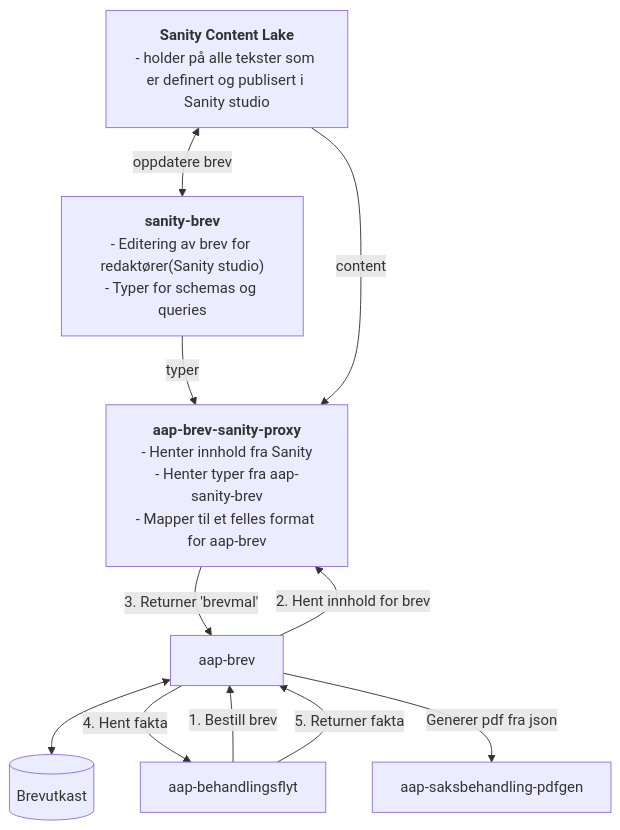
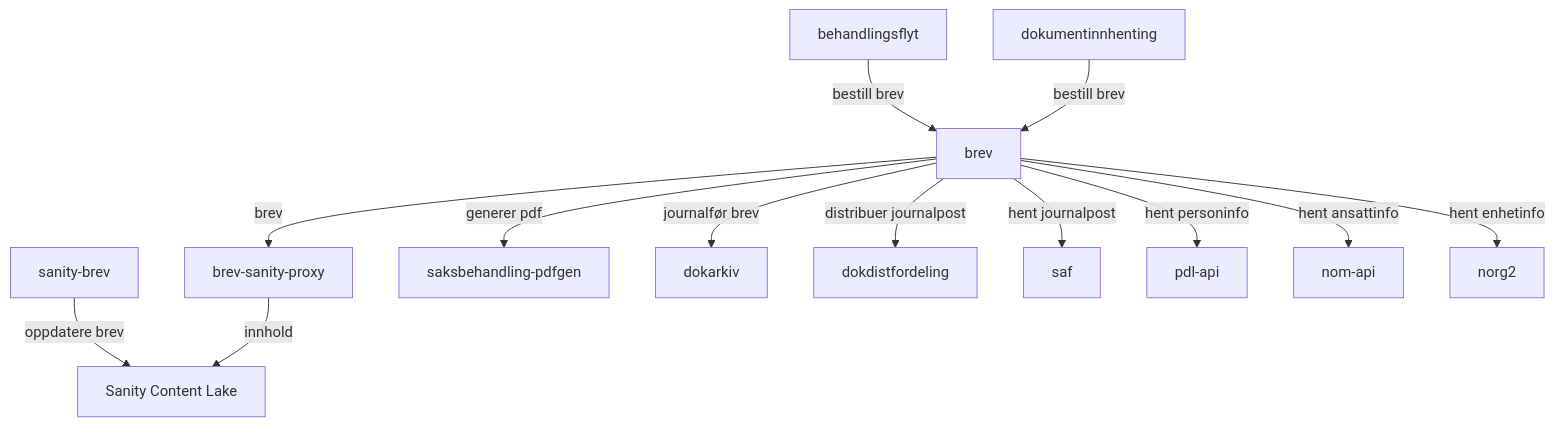
One commit to navikt/aap-intern-sysdok changed the first of 2 diagrams in docs/funksjonalitet/08_Brev/teknisk.md. Above: the diagram before and after it, drawn with Mermaid. The commit also changed other lines of this file, not shown here.

Commit message:
Oppdater dokumentasjon for brev

````diff
--- a/docs/funksjonalitet/08_Brev/teknisk.md
+++ b/docs/funksjonalitet/08_Brev/teknisk.md
@@ -5,22 +5,16 @@
 ```mermaid
-flowchart 
-    sanity-content-lake["`**Sanity Content Lake**
-    - holder på alle tekster som er definert og publisert i Sanity studio`"]
-    aap-sanity-brev["`**sanity-brev**
-    - Editering av brev for redaktører(Sanity studio)
-    - Typer for schemas og queries`"] 
-    aap-brev-sanity-proxy["`**aap-brev-sanity-proxy**
-    - Henter innhold fra Sanity
-    - Henter typer fra aap-sanity-brev
-    - Mapper til et felles format for aap-brev`"]
-    aap-sanity-brev -- typer --> aap-brev-sanity-proxy
-    sanity-content-lake -- content --> aap-brev-sanity-proxy
-    sanity-content-lake <-- oppdatere brev --> aap-sanity-brev
-    aap-brev -- 2. Hent innhold for brev --> aap-brev-sanity-proxy
-    aap-brev-sanity-proxy -- 3. Returner 'brevmal' --> aap-brev
-    aap-brev <--> id1[(Brevutkast)]
-    aap-behandlingsflyt -- 1. Bestill brev --> aap-brev
-    aap-brev -- 4. Hent fakta -->  aap-behandlingsflyt 
-    aap-behandlingsflyt -- 5. Returner fakta --> aap-brev
-    aap-brev -- Generer pdf fra json --> aap-saksbehandling-pdfgen
+flowchart
+    sanity-brev -- oppdatere brev --> sanity-content-lake
+    behandlingsflyt -- bestill brev --> brev
+    dokumentinnhenting -- bestill brev --> brev
+    brev -- brev --> brev-sanity-proxy
+    brev-sanity-proxy -- innhold --> sanity-content-lake
+    brev -- generer pdf --> saksbehandling-pdfgen
+    brev -- journalfør brev --> dokarkiv
+    brev -- distribuer journalpost --> dokdistfordeling
+    brev -- hent journalpost --> saf
+    brev -- hent personinfo --> pdl-api
+    brev -- hent ansattinfo --> nom-api
+    brev -- hent enhetinfo --> norg2
+    sanity-content-lake[Sanity Content Lake]
 ```
````
